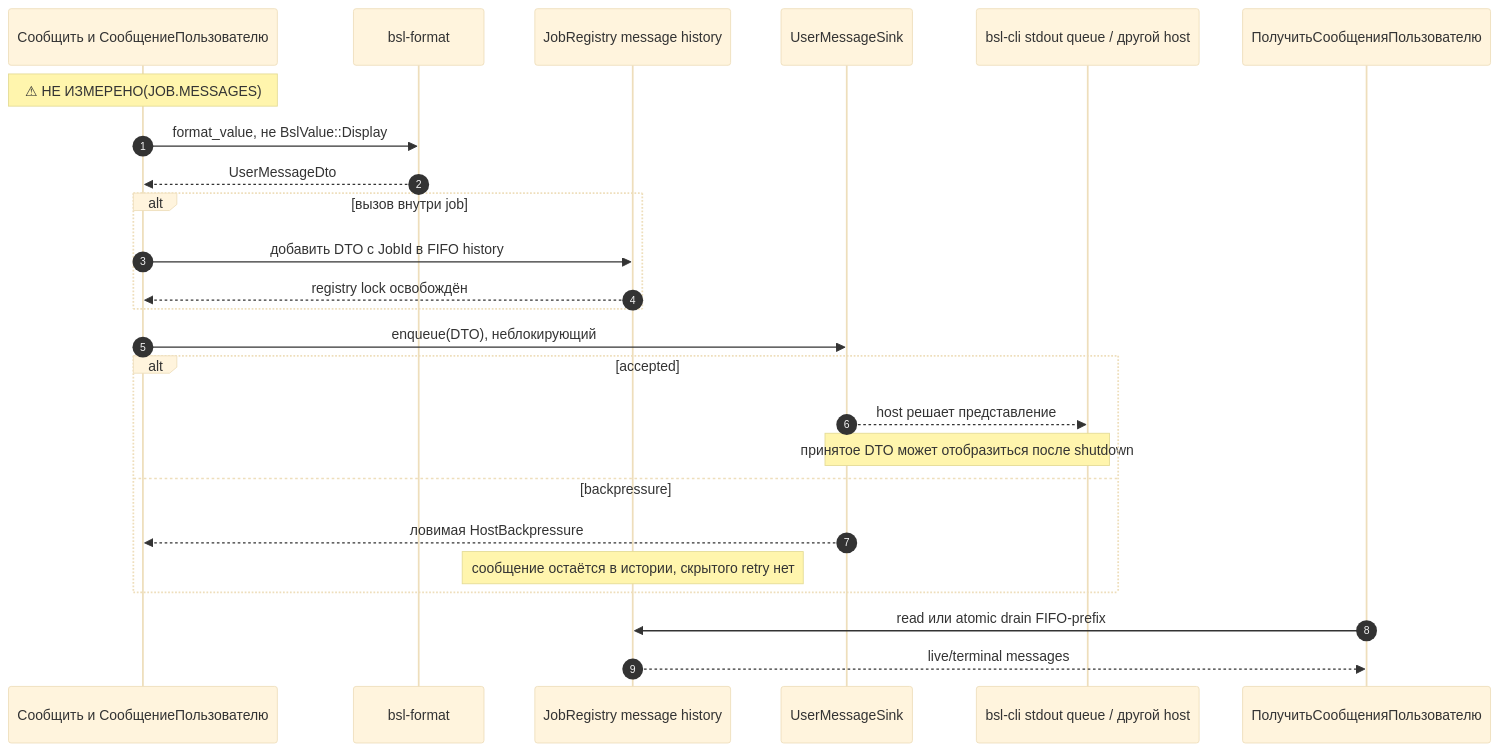
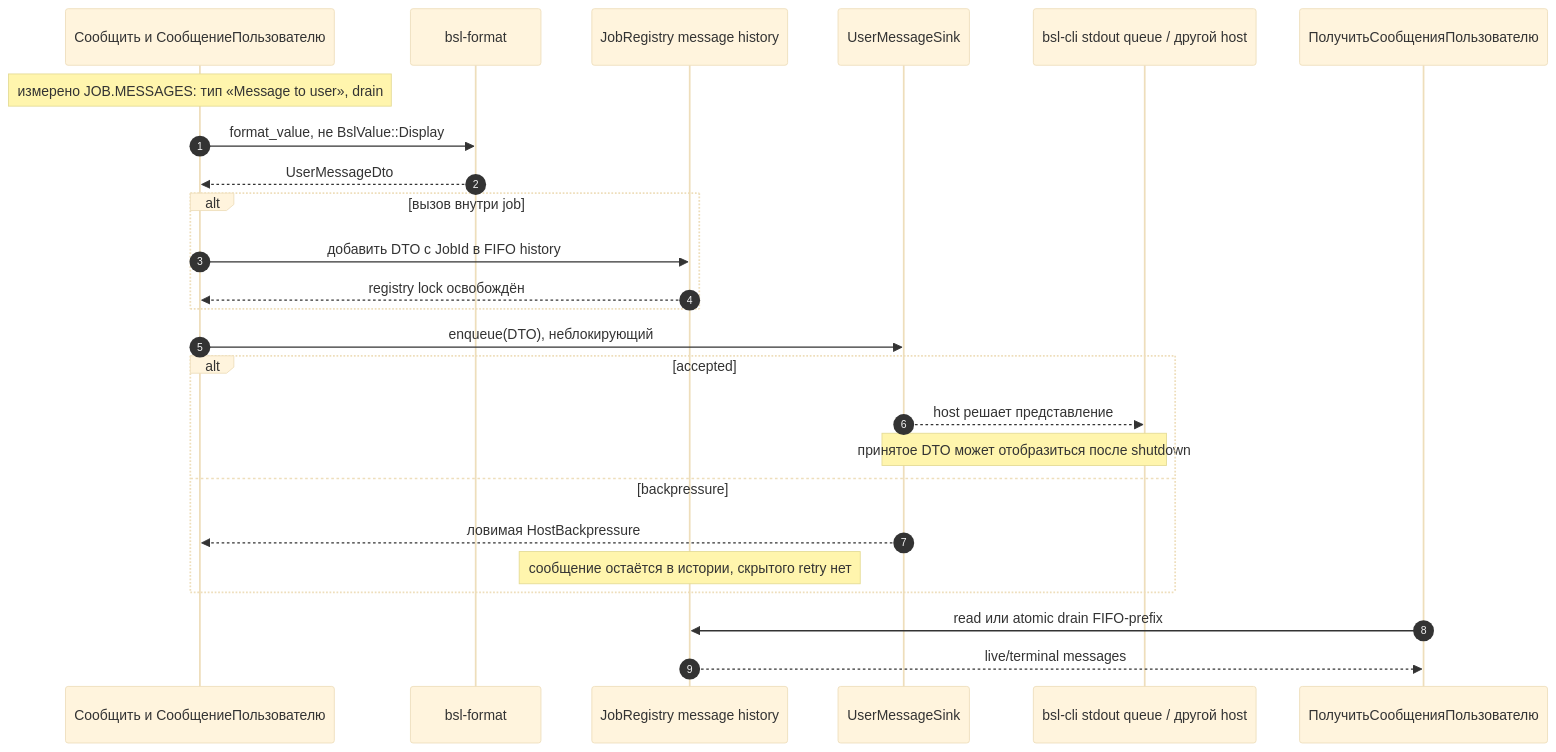
Diagram 21 of 21 in docs/component-architecture.md (dobpilot/open-bsl), drawn with Mermaid (base theme) before and after one commit. The commit also changed other lines of this file and 6 other files, not shown here.

````diff
--- a/docs/component-architecture.md
+++ b/docs/component-architecture.md
@@ -918,28 +985,28 @@
 ```mermaid
 sequenceDiagram
     autonumber
     participant BSL as Сообщить и СообщениеПользователю
     participant Format as bsl-format
     participant Registry as JobRegistry message history
     participant Sink as UserMessageSink
     participant Host as bsl-cli stdout queue / другой host
     participant Reader as ПолучитьСообщенияПользователю
 
-    Note over BSL: ⚠ НЕ ИЗМЕРЕНО(JOB.MESSAGES)
+    Note over BSL: измерено JOB.MESSAGES: тип «Message to user», drain
     BSL->>Format: format_value, не BslValue::Display
     Format-->>BSL: UserMessageDto
     alt вызов внутри job
         BSL->>Registry: добавить DTO с JobId в FIFO history
         Registry-->>BSL: registry lock освобождён
     end
     BSL->>Sink: enqueue(DTO), неблокирующий
     alt accepted
         Sink-->>Host: host решает представление
         Note over Sink,Host: принятое DTO может отобразиться после shutdown
     else backpressure
         Sink-->>BSL: ловимая HostBackpressure
         Note over Registry: сообщение остаётся в истории, скрытого retry нет
     end
     Reader->>Registry: read или atomic drain FIFO-prefix
     Registry-->>Reader: live/terminal messages
 ```
````
